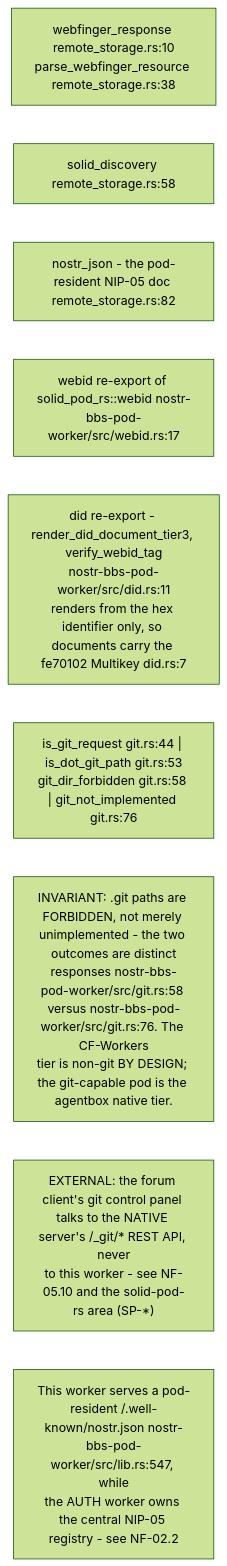
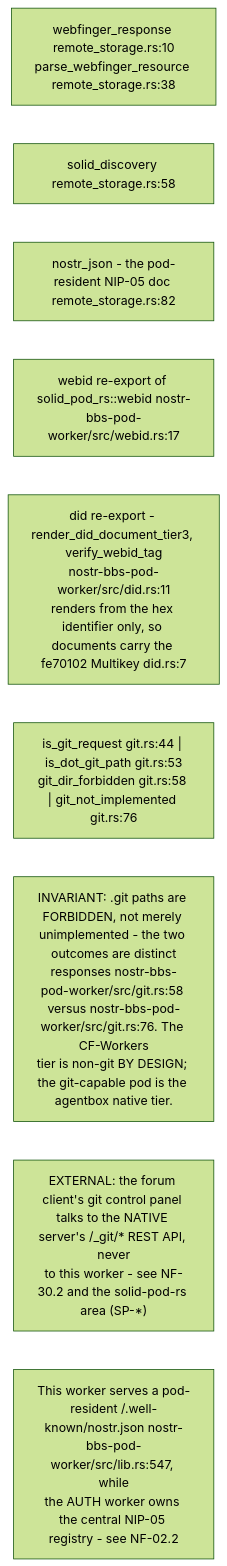
The seventh of 10 diagrams in docs/diagrams/nostr-rust-forum/04-pod-worker-ldp-wac-and-delegation.md (DreamLab-AI/VisionFlow), drawn with Mermaid (forest theme) before and after one commit. The commit also changed 6 other files, not shown here.

First line of the commit message:
docs(diagrams): split NF-05 into NF-05, NF-30 (messaging) and NF-31 (BBS, zones, push)

````diff
--- a/docs/diagrams/nostr-rust-forum/04-pod-worker-ldp-wac-and-delegation.md
+++ b/docs/diagrams/nostr-rust-forum/04-pod-worker-ldp-wac-and-delegation.md
@@ -232,13 +232,13 @@
 ```mermaid
 flowchart LR
     WFR["webfinger_response remote_storage.rs:10<br/>parse_webfinger_resource remote_storage.rs:38"]
     SOLD["solid_discovery remote_storage.rs:58"]
     NJ["nostr_json - the pod-resident NIP-05 doc remote_storage.rs:82"]
     WID["webid re-export of solid_pod_rs::webid nostr-bbs-pod-worker/src/webid.rs:17"]
     DIDM["did re-export - render_did_document_tier3, verify_webid_tag<br/>nostr-bbs-pod-worker/src/did.rs:11<br/>renders from the hex identifier only, so documents carry the fe70102 Multikey did.rs:7"]
     GITG["is_git_request git.rs:44 | is_dot_git_path git.rs:53<br/>git_dir_forbidden git.rs:58 | git_not_implemented git.rs:76"]
 
     N1["INVARIANT: .git paths are FORBIDDEN, not merely unimplemented - the two outcomes are distinct<br/>responses nostr-bbs-pod-worker/src/git.rs:58 versus nostr-bbs-pod-worker/src/git.rs:76. The CF-Workers<br/>tier is non-git BY DESIGN; the git-capable pod is the agentbox native tier."]
-    N2["EXTERNAL: the forum client's git control panel talks to the NATIVE server's /_git/* REST API, never<br/>to this worker - see NF-05.10 and the solid-pod-rs area (SP-*)"]
+    N2["EXTERNAL: the forum client's git control panel talks to the NATIVE server's /_git/* REST API, never<br/>to this worker - see NF-30.2 and the solid-pod-rs area (SP-*)"]
     N3["This worker serves a pod-resident /.well-known/nostr.json nostr-bbs-pod-worker/src/lib.rs:547, while<br/>the AUTH worker owns the central NIP-05 registry - see NF-02.2"]
 ```
````
